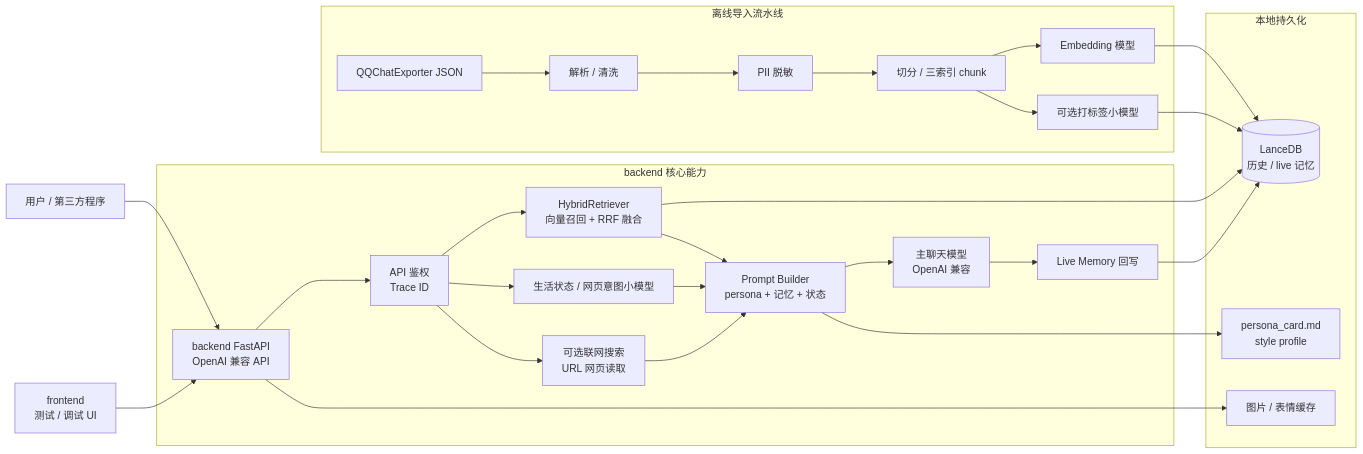
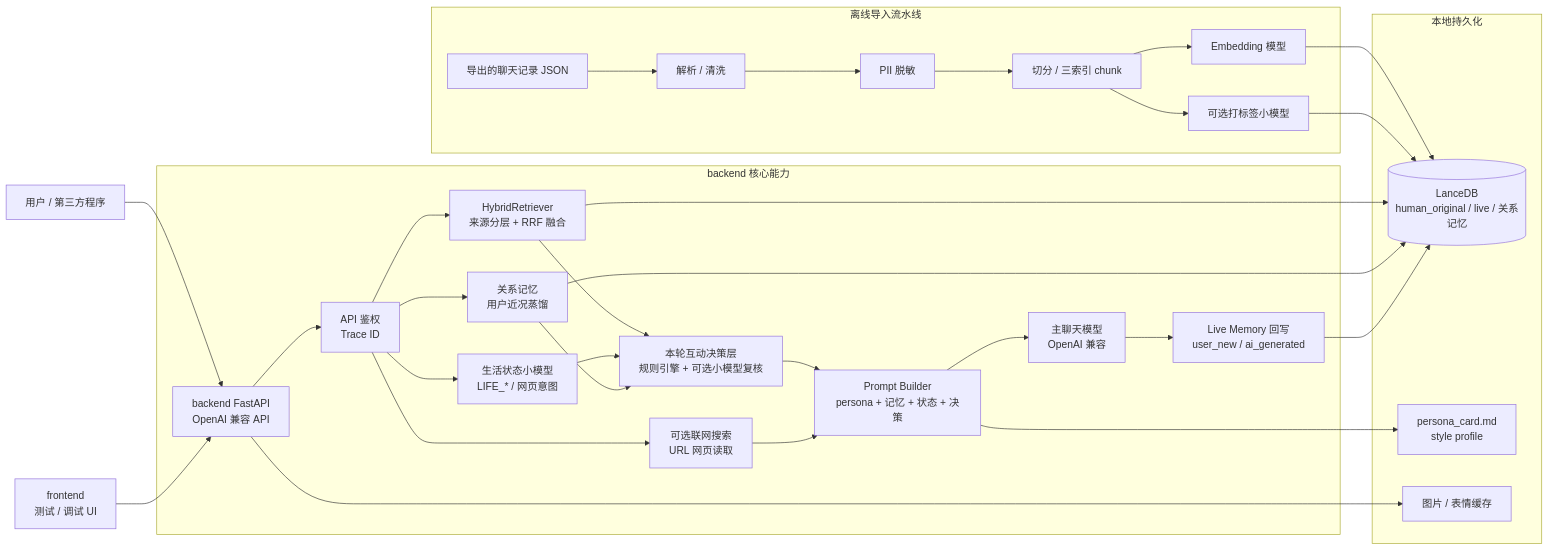
Before and after one commit to GuDong2003/Afterglow: the first of 2 diagrams in README.md, drawn with Mermaid. The commit also changed other lines of this file and 34 other files, not shown here.

````diff
--- a/README.md
+++ b/README.md
@@ -44,38 +44,42 @@
 ```mermaid
 flowchart LR
   User["用户 / 第三方程序"] --> API["backend FastAPI<br/>OpenAI 兼容 API"]
   Frontend["frontend<br/>测试 / 调试 UI"] --> API
 
   subgraph Backend["backend 核心能力"]
     API --> Auth["API 鉴权<br/>Trace ID"]
-    Auth --> Retrieve["HybridRetriever<br/>向量召回 + RRF 融合"]
-    Auth --> Life["生活状态 / 网页意图小模型"]
+    Auth --> Retrieve["HybridRetriever<br/>来源分层 + RRF 融合"]
+    Auth --> Life["生活状态小模型<br/>LIFE_* / 网页意图"]
+    Auth --> Relationship["关系记忆<br/>用户近况蒸馏"]
     Auth --> Web["可选联网搜索<br/>URL 网页读取"]
-    Retrieve --> Prompt["Prompt Builder<br/>persona + 记忆 + 状态"]
-    Life --> Prompt
+    Retrieve --> Policy["本轮互动决策层<br/>规则引擎 + 可选小模型复核"]
+    Life --> Policy
+    Relationship --> Policy
+    Policy --> Prompt["Prompt Builder<br/>persona + 记忆 + 状态 + 决策"]
     Web --> Prompt
     Prompt --> ChatLLM["主聊天模型<br/>OpenAI 兼容"]
-    ChatLLM --> Writeback["Live Memory 回写"]
+    ChatLLM --> Writeback["Live Memory 回写<br/>user_new / ai_generated"]
   end
 
   subgraph Ingestion["离线导入流水线"]
-    QQ["QQChatExporter JSON"] --> Parse["解析 / 清洗"]
+    message["导出的聊天记录 JSON"] --> Parse["解析 / 清洗"]
     Parse --> Redact["PII 脱敏"]
     Redact --> Chunk["切分 / 三索引 chunk"]
     Chunk --> Embed["Embedding 模型"]
     Chunk --> Label["可选打标签小模型"]
   end
 
   subgraph Storage["本地持久化"]
-    Lance[(LanceDB<br/>历史 / live 记忆)]
+    Lance[(LanceDB<br/>human_original / live / 关系记忆)]
     Persona["persona_card.md<br/>style profile"]
     Assets["图片 / 表情缓存"]
   end
 
   Embed --> Lance
   Label --> Lance
   Retrieve --> Lance
+  Relationship --> Lance
   Prompt --> Persona
   Writeback --> Lance
   API --> Assets
 ```
````
